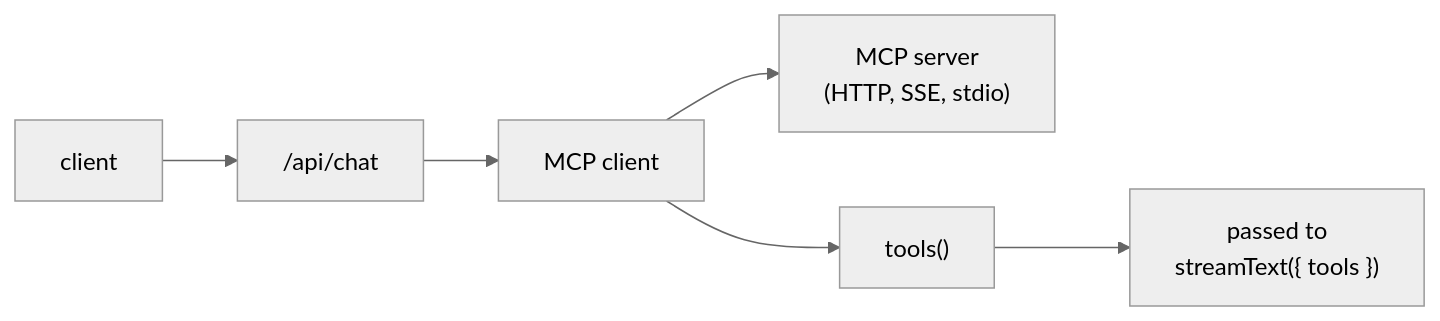
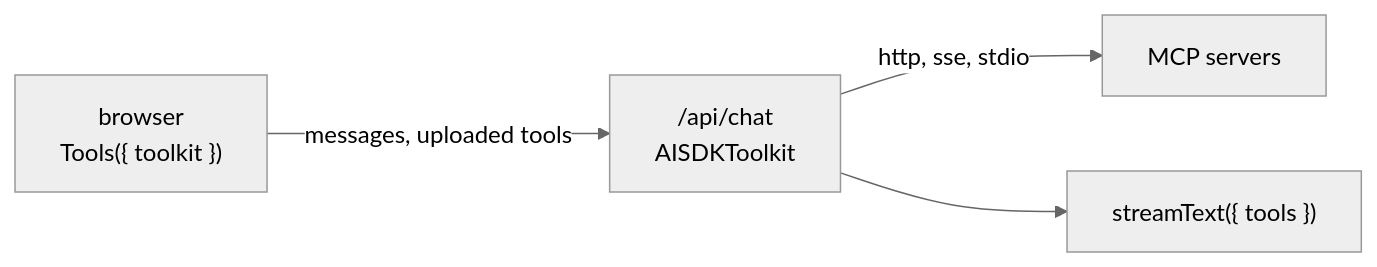
The diagram in apps/docs/content/docs/tools/mcp.mdx (assistant-ui/assistant-ui), drawn with Mermaid (neutral theme) before and after one commit. The commit also changed other lines of this file and 103 other files, not shown here.

````diff
--- a/apps/docs/content/docs/tools/mcp.mdx
+++ b/apps/docs/content/docs/tools/mcp.mdx
@@ -12,5 +21,6 @@
 ```mermaid
 flowchart LR
-    client["client"] --> api["/api/chat"] --> mcp["MCP client"] --> server["MCP server<br/>(HTTP, SSE, stdio)"]
-    mcp --> tools["tools()"] --> stream["passed to<br/>streamText({ tools })"]
+    browser["browser<br/>Tools({ toolkit })"] -->|"messages, uploaded tools"| route["/api/chat<br/>AISDKToolkit"]
+    route -->|"http, sse, stdio"| servers["MCP servers"]
+    route --> stream["streamText({ tools })"]
 ```
````
